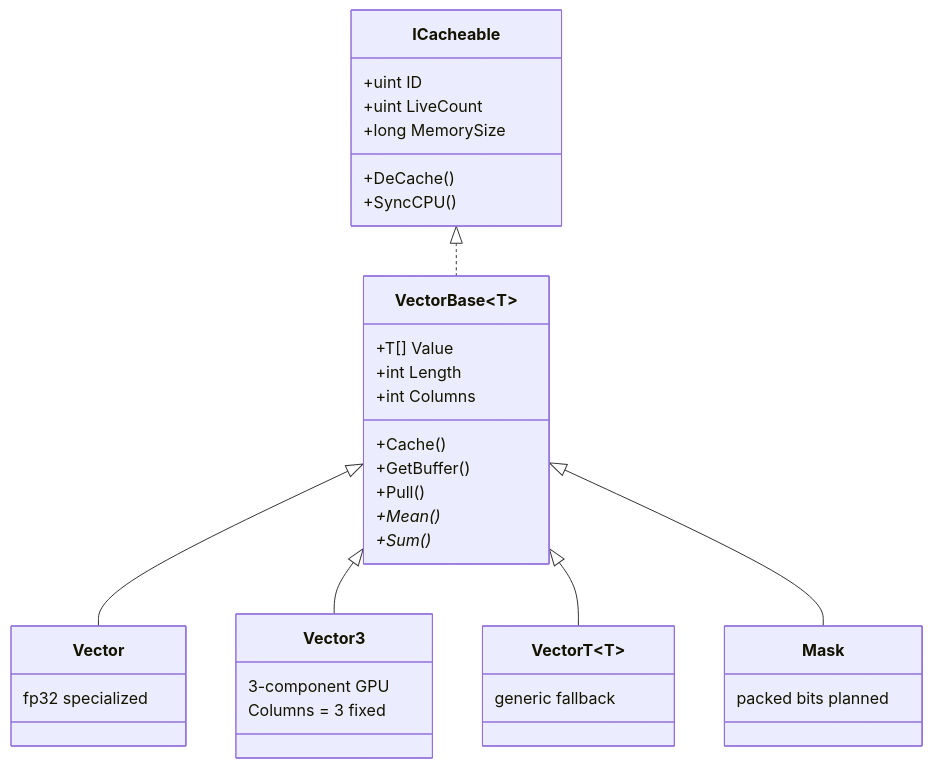
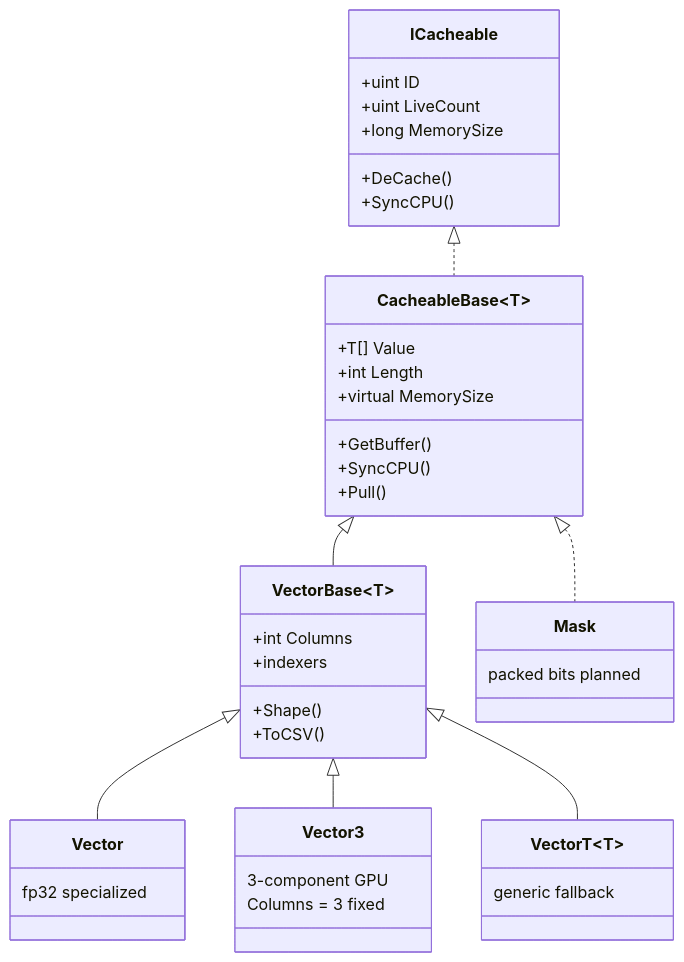
One commit to MPSQUARK/BAVCL changed the second of 6 diagrams in Documentation/BAVCLSpecification.md. Above: the diagram before and after it, drawn with Mermaid. The commit also changed other lines of this file and 15 other files, not shown here.

Commit message:
Split up VectorBase to seperate memory management out from it

````diff
--- a/Documentation/BAVCLSpecification.md
+++ b/Documentation/BAVCLSpecification.md
@@ -197,39 +199,44 @@
 ```mermaid
 classDiagram
     class ICacheable {
         +uint ID
         +uint LiveCount
         +long MemorySize
         +DeCache()
         +SyncCPU()
     }
-    class VectorBase~T~ {
+    class CacheableBase~T~ {
         +T[] Value
         +int Length
+        +virtual MemorySize
+        +GetBuffer()
+        +SyncCPU()
+        +Pull()
+    }
+    class VectorBase~T~ {
         +int Columns
-        +Cache()
-        +GetBuffer()
-        +Pull()
-        +Mean()*
-        +Sum()*
+        +Shape()
+        +indexers
+        +ToCSV()
     }
     class Vector {
         fp32 specialized
     }
     class Vector3 {
         3-component GPU
         Columns = 3 fixed
     }
     class VectorT~T~ {
         generic fallback
     }
     class Mask {
         packed bits planned
     }
 
-    ICacheable <|.. VectorBase
+    ICacheable <|.. CacheableBase
+    CacheableBase <|-- VectorBase
+    CacheableBase <|.. Mask
     VectorBase <|-- Vector
     VectorBase <|-- Vector3
     VectorBase <|-- VectorT
-    VectorBase <|-- Mask
 ```
````
